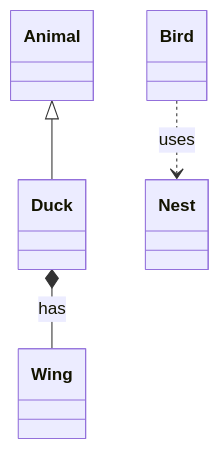
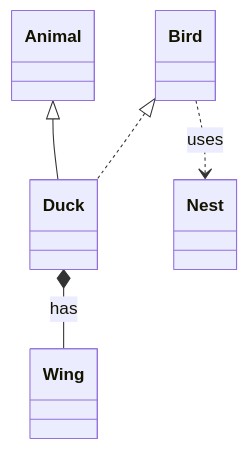
Before and after one commit to capjan/markdown-util: the fourth of 7 diagrams in Docs/Features/Diagrams.md, drawn with Mermaid. The commit also changed other lines of this file and 3 other files, not shown here.

Commit message:
docs: restructure the diagrams page

````diff
--- a/Docs/Features/Diagrams.md
+++ b/Docs/Features/Diagrams.md
@@ -166,7 +157,12 @@
 ```mermaid
 classDiagram
 class Animal
+class Bird
+class Duck
+class Wing
+class Nest
 Animal <|-- Duck
+Bird <|.. Duck
 Duck *-- Wing : has
 Bird ..> Nest : uses
 ```
````
